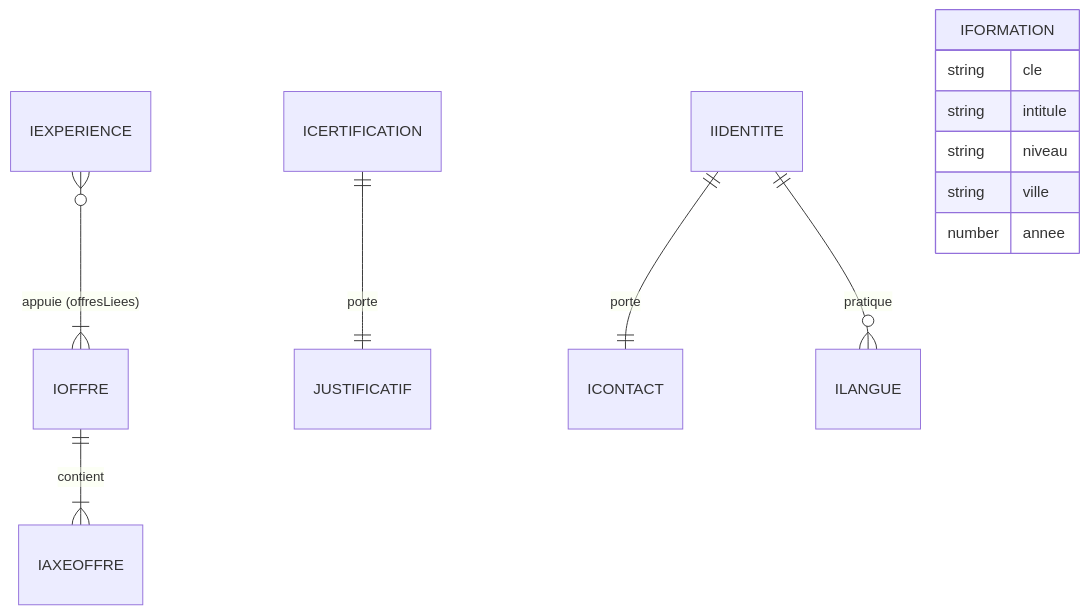
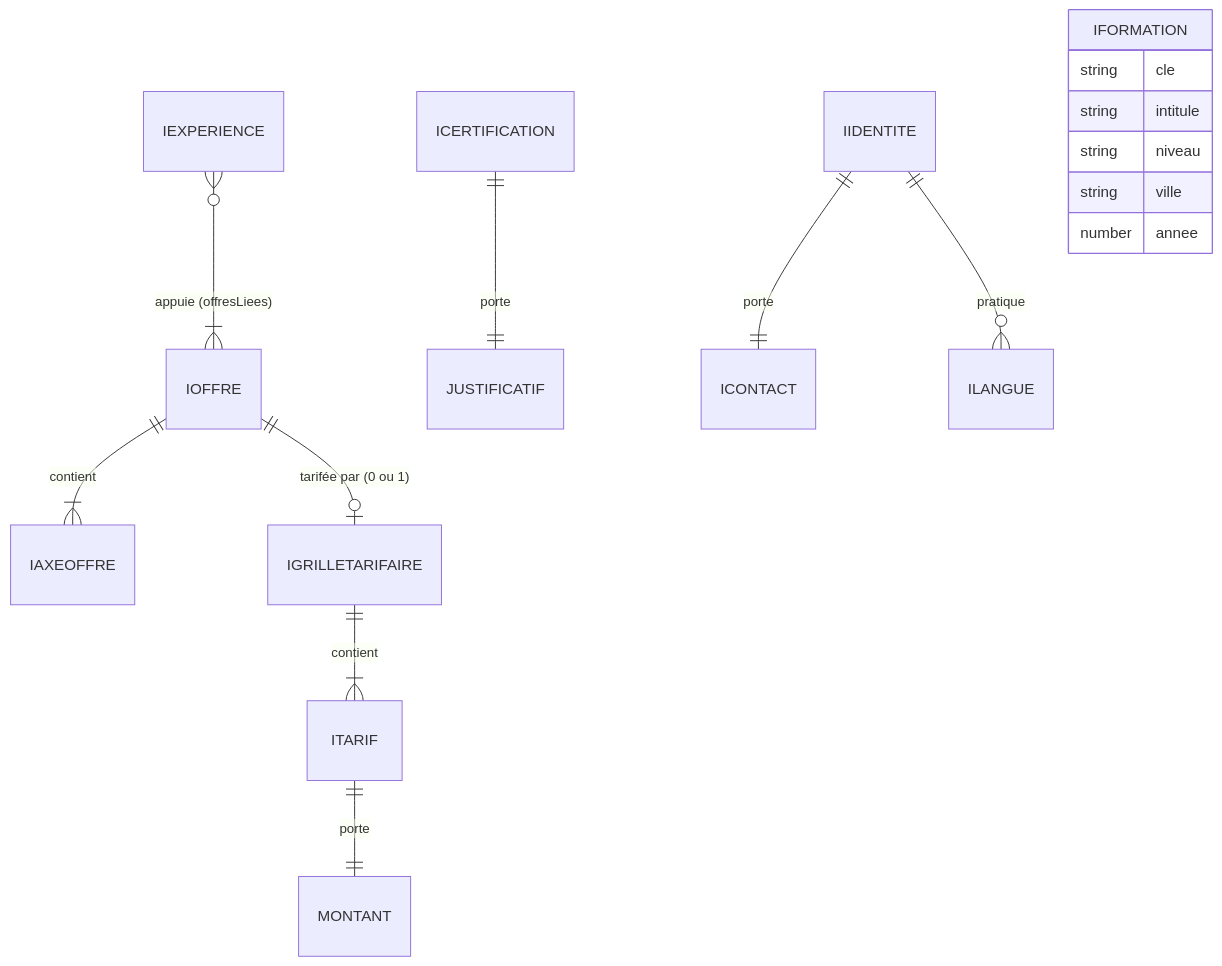
The diagram in docs/data-model.md (Jerome-Marichez/jeromemarichez2026), drawn with Mermaid before and after one commit. The commit also changed other lines of this file and 1 other file, not shown here.

````diff
--- a/docs/data-model.md
+++ b/docs/data-model.md
@@ -36,15 +38,18 @@
 ```mermaid
 erDiagram
     IOFFRE      ||--|{ IAXEOFFRE     : "contient"
+    IOFFRE      ||--o| IGRILLETARIFAIRE : "tarifée par (0 ou 1)"
+    IGRILLETARIFAIRE ||--|{ ITARIF   : "contient"
+    ITARIF      ||--|| MONTANT       : "porte"
     IEXPERIENCE }o--|{ IOFFRE        : "appuie (offresLiees)"
     ICERTIFICATION ||--|| JUSTIFICATIF : "porte"
     IIDENTITE   ||--|| ICONTACT      : "porte"
     IIDENTITE   ||--o{ ILANGUE       : "pratique"
     IFORMATION  {
         string cle
         string intitule
         string niveau
         string ville
         number annee
     }
 ```
````
